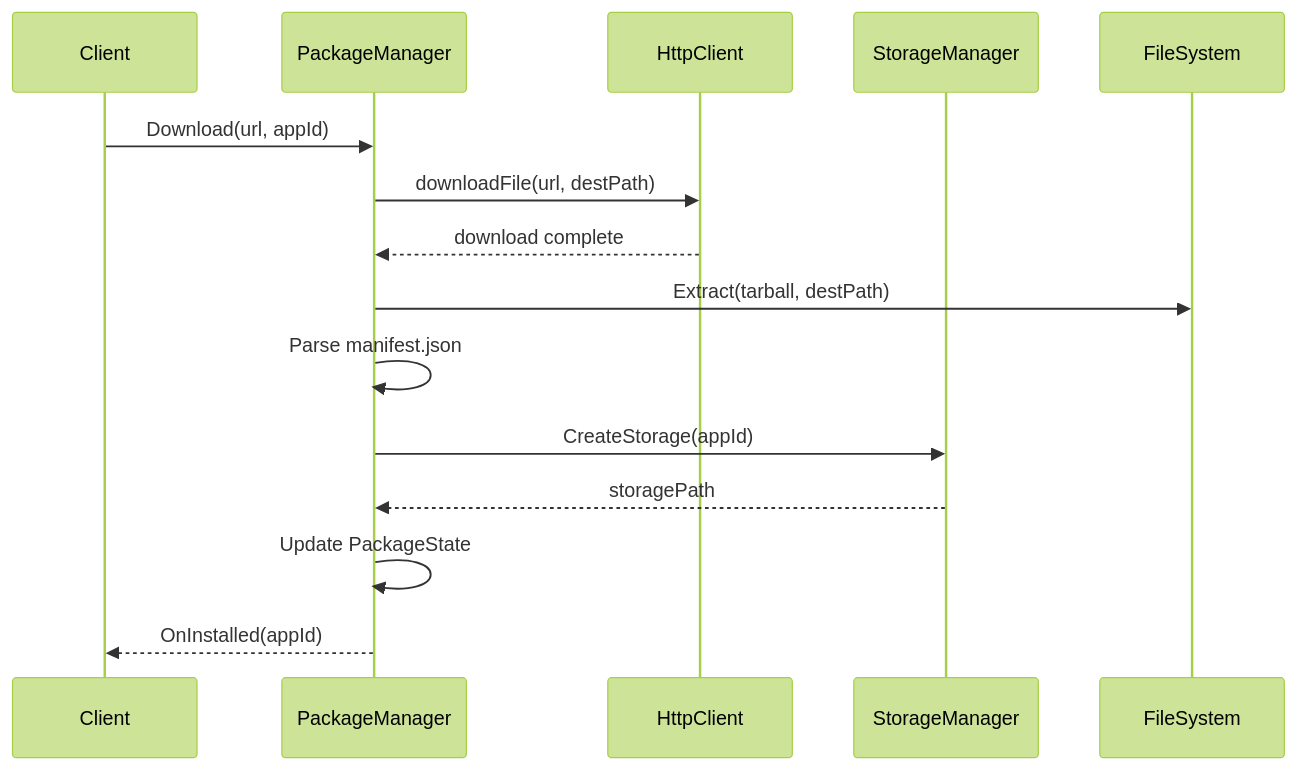
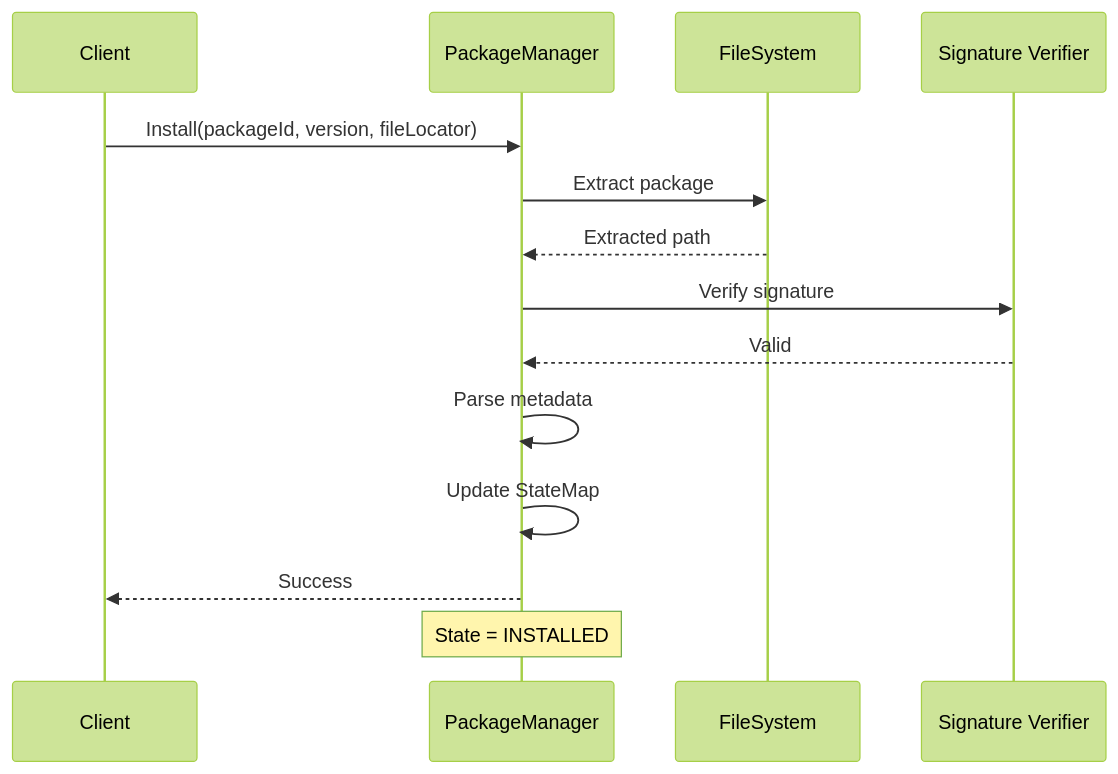
One commit to rdkcentral/entservices-appmanagers changed the fourth of 8 diagrams in PackageManager/PackageManager.md. Above: the diagram before and after it, drawn with Mermaid (forest theme). The commit also changed other lines of this file and 19 other files, not shown here.

````diff
--- a/PackageManager/PackageManager.md
+++ b/PackageManager/PackageManager.md
@@ -180,18 +363,18 @@
 ```mermaid
 sequenceDiagram
     participant Client
-    participant PkgMgr as PackageManager
-    participant HttpClient
-    participant StorMgr as StorageManager
+    participant PKG as PackageManager
     participant FS as FileSystem
+    participant Verify as Signature Verifier
 
-    Client->>PkgMgr: Download(url, appId)
-    PkgMgr->>HttpClient: downloadFile(url, destPath)
-    HttpClient-->>PkgMgr: download complete
-    PkgMgr->>FS: Extract(tarball, destPath)
-    PkgMgr->>PkgMgr: Parse manifest.json
-    PkgMgr->>StorMgr: CreateStorage(appId)
-    StorMgr-->>PkgMgr: storagePath
-    PkgMgr->>PkgMgr: Update PackageState
-    PkgMgr-->>Client: OnInstalled(appId)
+    Client->>PKG: Install(packageId, version, fileLocator)
+    PKG->>FS: Extract package
+    FS-->>PKG: Extracted path
+    PKG->>Verify: Verify signature
+    Verify-->>PKG: Valid
+    PKG->>PKG: Parse metadata
+    PKG->>PKG: Update StateMap
+    PKG-->>Client: Success
+
+    Note over PKG: State = INSTALLED
 ```
````
